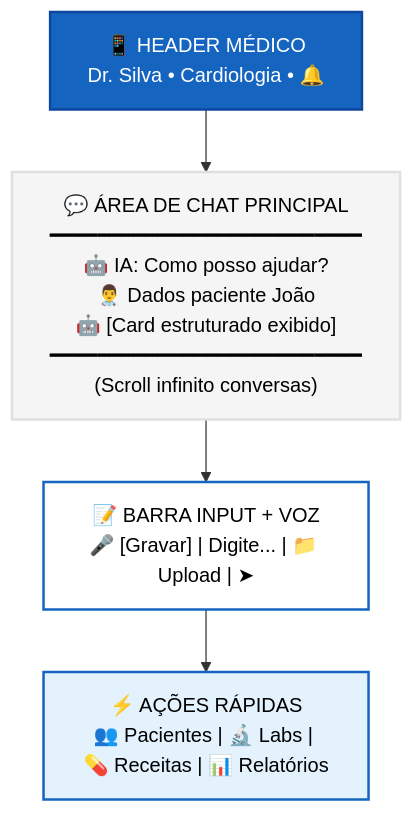
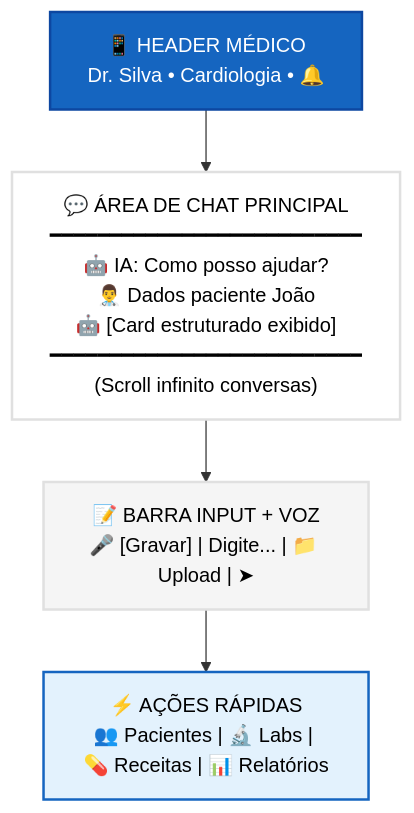
Before and after one commit to brunovlucena/prontuario: diagram 13 of 15 in DESIGN.md, drawn with Mermaid. The commit also changed other lines of this file, not shown here.

````diff
--- a/DESIGN.md
+++ b/DESIGN.md
@@ -238,16 +264,16 @@
 ```mermaid
 flowchart TD
     PortraitHeader["📱 HEADER MÉDICO<br/>Dr. Silva • Cardiologia • 🔔"]
     PortraitChat["💬 ÁREA DE CHAT PRINCIPAL<br/>━━━━━━━━━━━━━━━━━━━━━━━━━━<br/>🤖 IA: Como posso ajudar?<br/>👨‍⚕️ Dados paciente João<br/>🤖 [Card estruturado exibido]<br/>━━━━━━━━━━━━━━━━━━━━━━━━━━<br/>(Scroll infinito conversas)"]
     PortraitInput["📝 BARRA INPUT + VOZ<br/>🎤 [Gravar] | Digite... | 📁 Upload | ➤"]
     PortraitActions["⚡ AÇÕES RÁPIDAS<br/>👥 Pacientes | 🔬 Labs | 💊 Receitas | 📊 Relatórios"]
 
     PortraitHeader --> PortraitChat
     PortraitChat --> PortraitInput
     PortraitInput --> PortraitActions
 
     style PortraitHeader fill:#1565C0,stroke:#0D47A1,stroke-width:2px,color:#fff
-    style PortraitChat fill:#F5F5F5,stroke:#E0E0E0,stroke-width:2px,color:#000
-    style PortraitInput fill:#FFFFFF,stroke:#1565C0,stroke-width:2px,color:#000
+    style PortraitChat fill:#FFFFFF,stroke:#E0E0E0,stroke-width:2px,color:#000
+    style PortraitInput fill:#F5F5F5,stroke:#E0E0E0,stroke-width:2px,color:#000
     style PortraitActions fill:#E3F2FD,stroke:#1565C0,stroke-width:2px,color:#000
 ```
````
